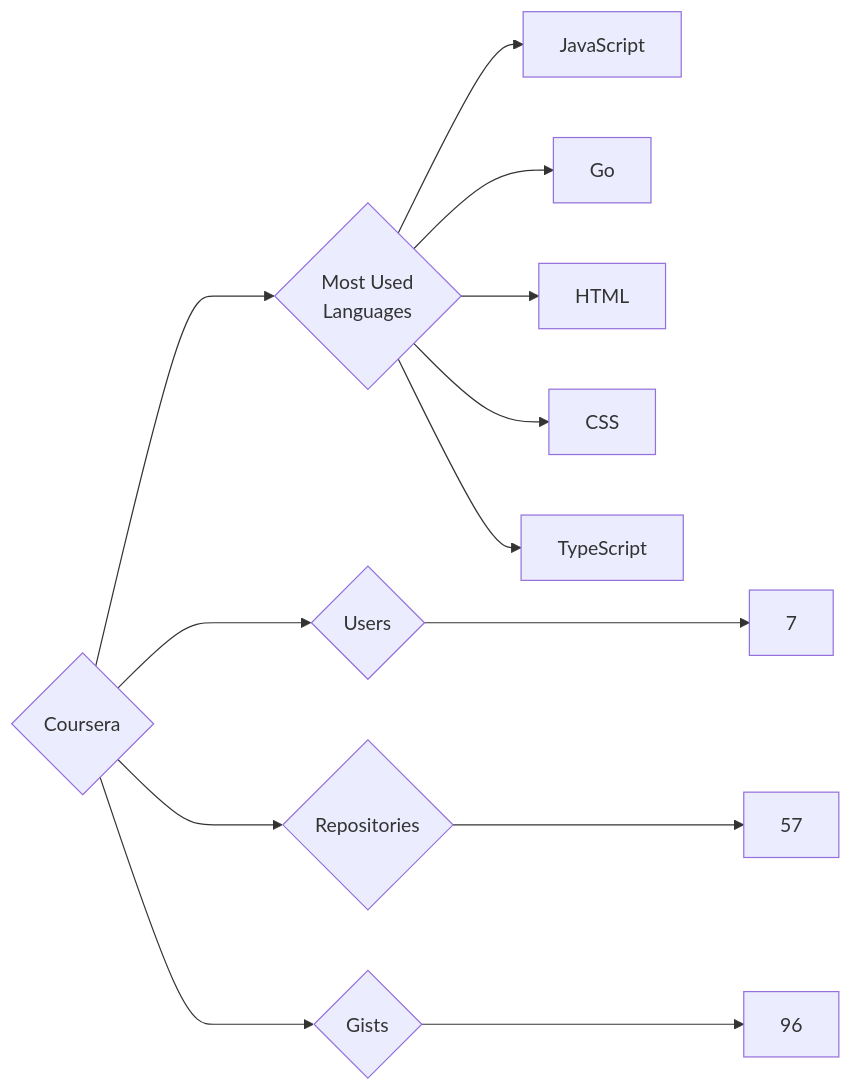
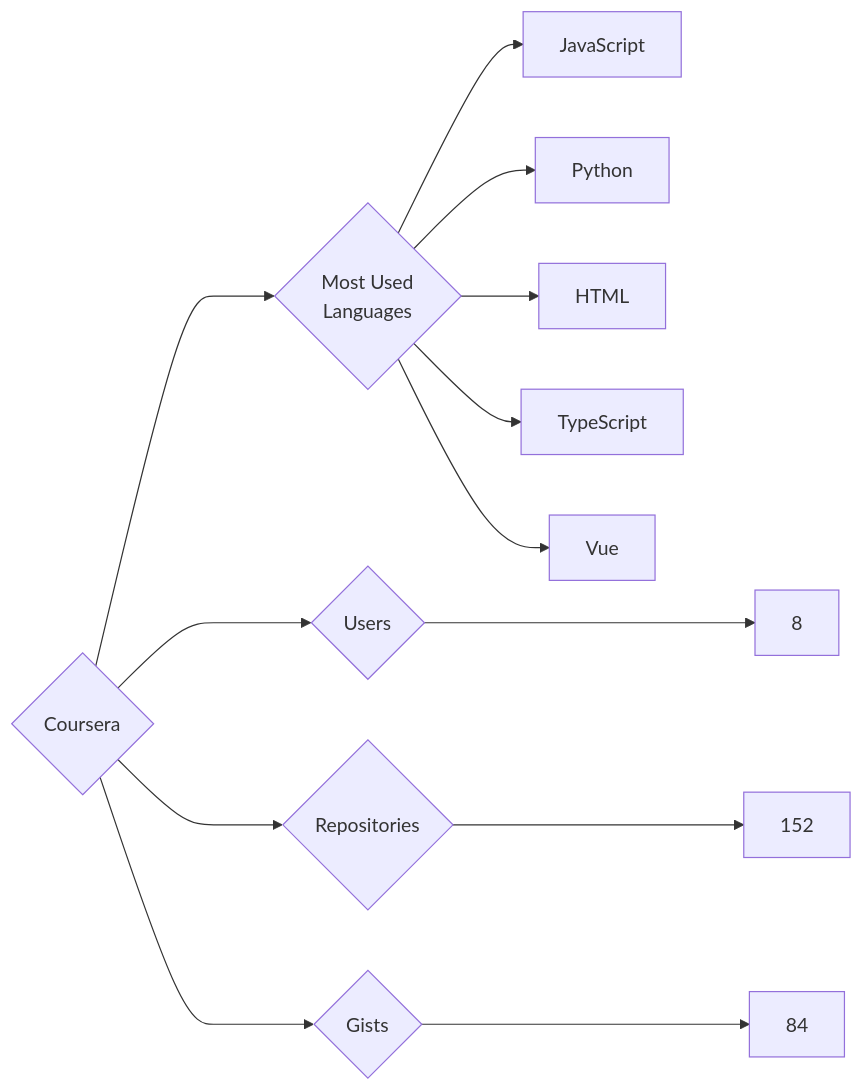
Before and after one commit to trickest/insiders: the diagram in targets/Coursera/README.md, drawn with Mermaid. The commit also changed 1007 other files, not shown here.

````diff
--- a/targets/Coursera/README.md
+++ b/targets/Coursera/README.md
@@ -3,13 +3,13 @@
 ```mermaid
 graph LR
 COMPANY_NAME{Coursera}
-COMPANY_NAME ---> U{Users} ---> UN[7]
-COMPANY_NAME ---> R{Repositories} ---> RN[57]
-COMPANY_NAME ---> G{Gists} ---> GN[96]
+COMPANY_NAME ---> U{Users} ---> UN[8]
+COMPANY_NAME ---> R{Repositories} ---> RN[152]
+COMPANY_NAME ---> G{Gists} ---> GN[84]
 COMPANY_NAME ---> ML{Most Used<br>Languages}
 ML --> JavaScript[JavaScript]
-ML --> Go[Go]
+ML --> Python[Python]
 ML --> HTML[HTML]
-ML --> CSS[CSS]
 ML --> TypeScript[TypeScript]
+ML --> Vue[Vue]
 ```
````
